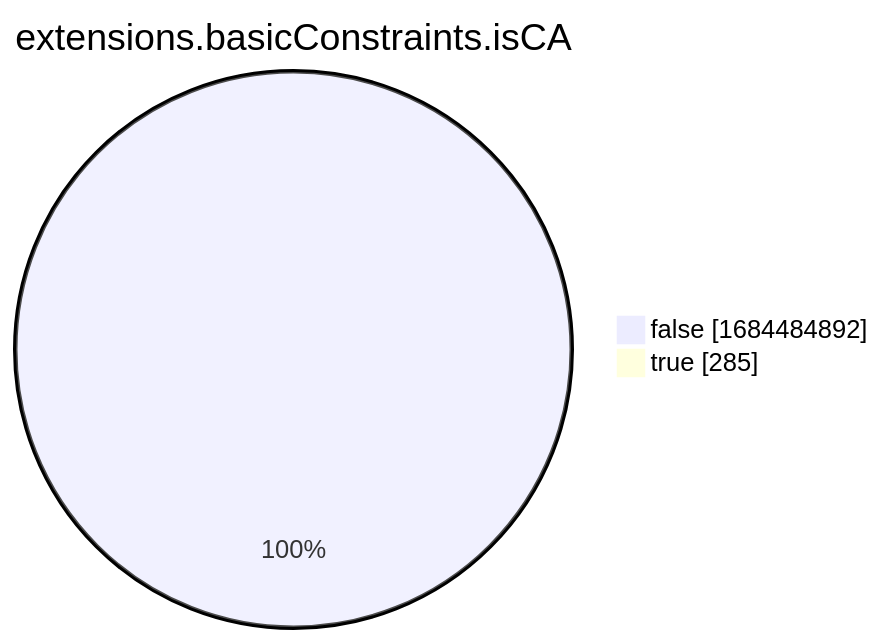
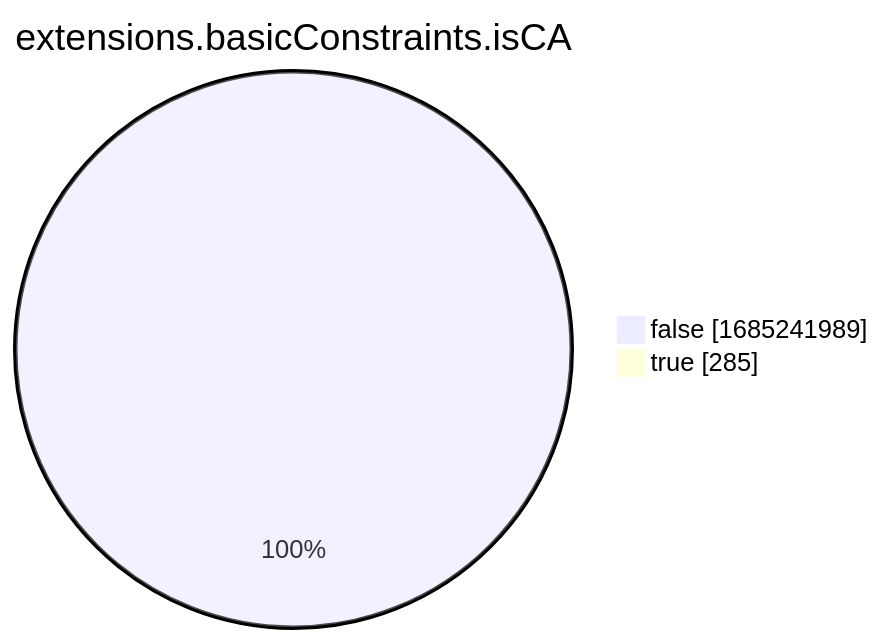
Before and after one commit to christiankrug/ctmonitor_visualization: the eighth of 15 diagrams in xenon2022/README.md, drawn with Mermaid. The commit also changed other lines of this file, not shown here.

````diff
--- a/xenon2022/README.md
+++ b/xenon2022/README.md
@@ -2865,6 +2865,6 @@
 ```mermaid
 pie showData
 title extensions.basicConstraints.isCA
-"false" :1684484892
+"false" :1685241989
 "true" :285
 ```
````
